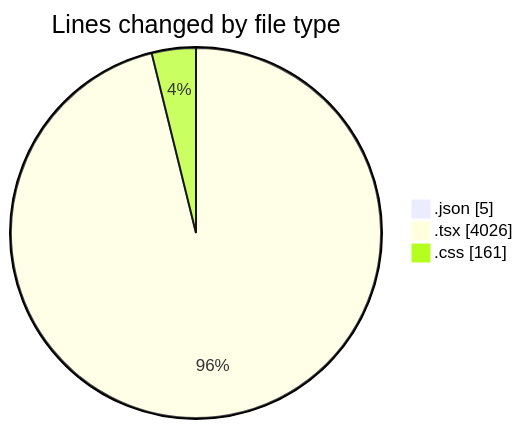
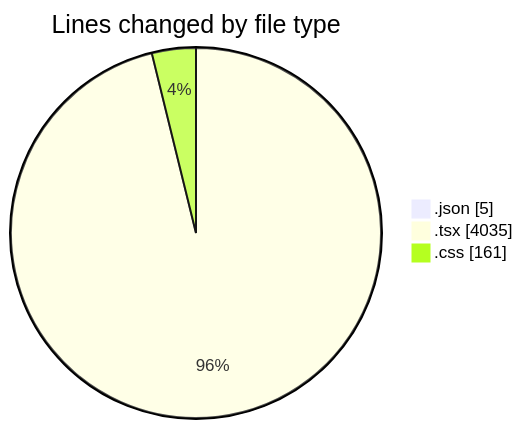
One commit to Elitesun/code-tracking changed the first of 2 diagrams in 2025-05-29/advertise/README.md. Above: the diagram before and after it, drawn with Mermaid. The commit also changed other lines of this file and 1 other file, not shown here.

````diff
--- a/2025-05-29/advertise/README.md
+++ b/2025-05-29/advertise/README.md
@@ -35,7 +35,7 @@
 ```mermaid
 pie showData
 title Lines changed by file type
 ".json" : 5
-".tsx" : 4026
+".tsx" : 4035
 ".css" : 161
 ```
````
